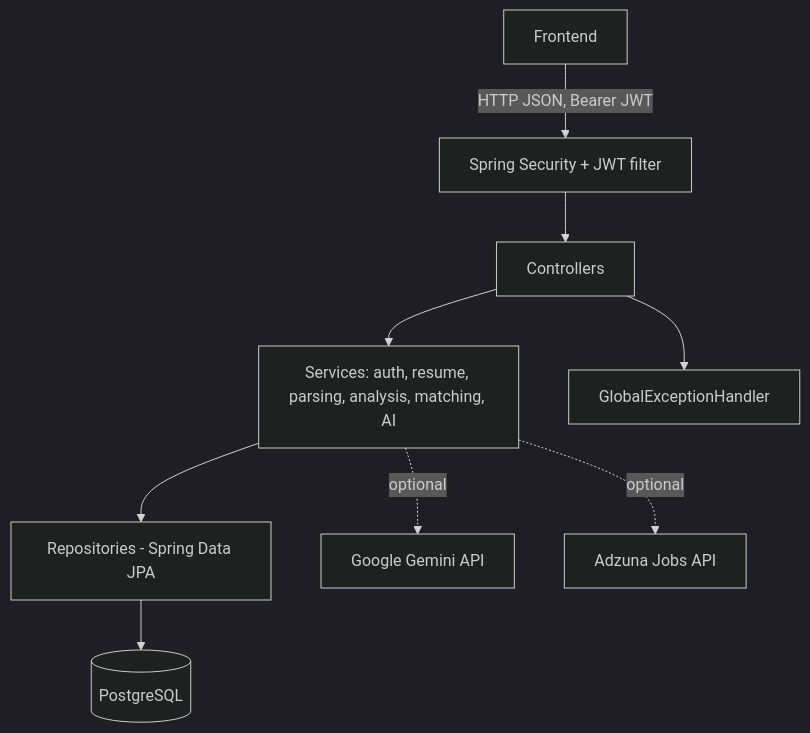
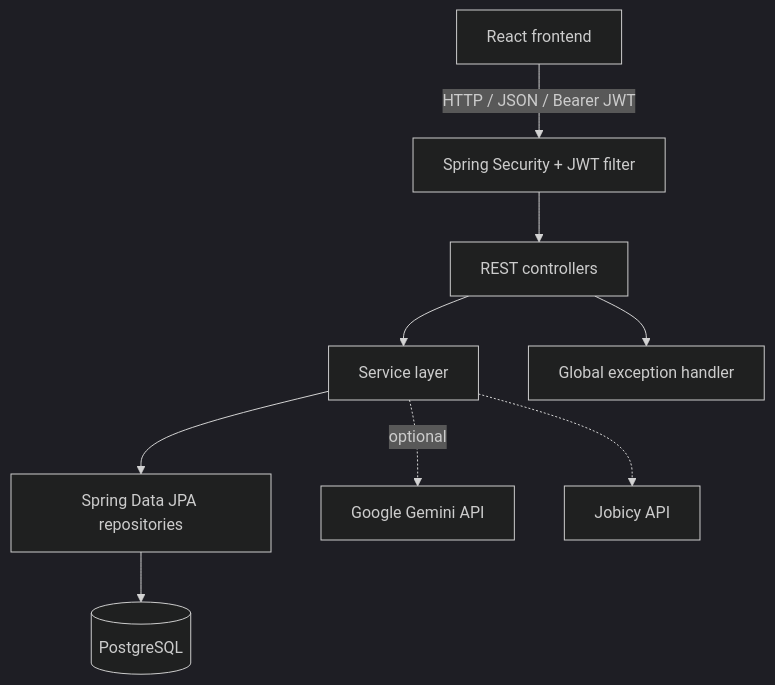
The first of 3 diagrams in README.md (shalinchristian/Resqora), drawn with Mermaid (dark theme) before and after one commit. The commit also changed other lines of this file, not shown here.

````diff
--- a/README.md
+++ b/README.md
@@ -82,11 +78,11 @@
 ```mermaid
 flowchart TD
-    UI[Frontend] -->|HTTP JSON, Bearer JWT| SEC[Spring Security + JWT filter]
-    SEC --> C[Controllers]
-    C --> S[Services: auth, resume, parsing, analysis, matching, AI]
-    S --> R[Repositories - Spring Data JPA]
+    UI[React frontend] -->|HTTP / JSON / Bearer JWT| SEC[Spring Security + JWT filter]
+    SEC --> C[REST controllers]
+    C --> S[Service layer]
+    S --> R[Spring Data JPA repositories]
     R --> DB[(PostgreSQL)]
-    S -.->|optional| G[Google Gemini API]
-    S -.->|optional| J[Adzuna Jobs API]
-    C --> EH[GlobalExceptionHandler]
+    S -. optional .-> G[Google Gemini API]
+    S -.-> J[Jobicy API]
+    C --> E[Global exception handler]
 ```
````
